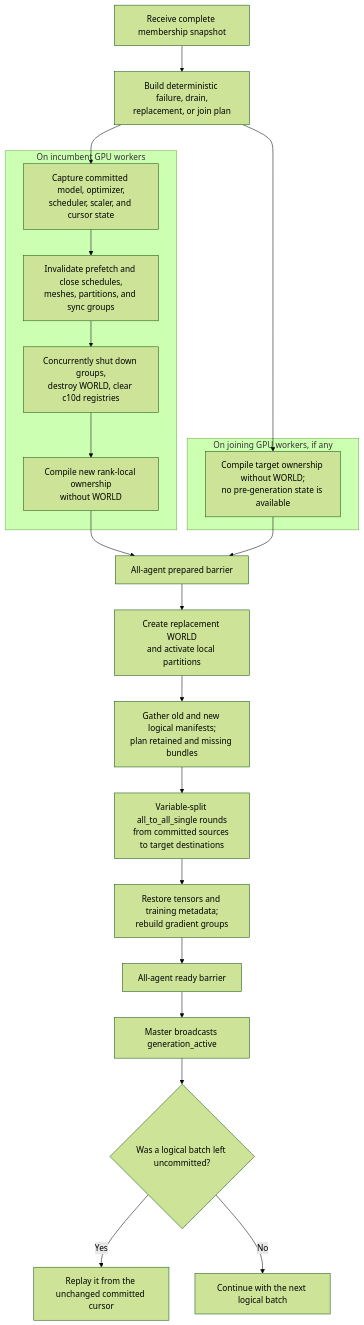
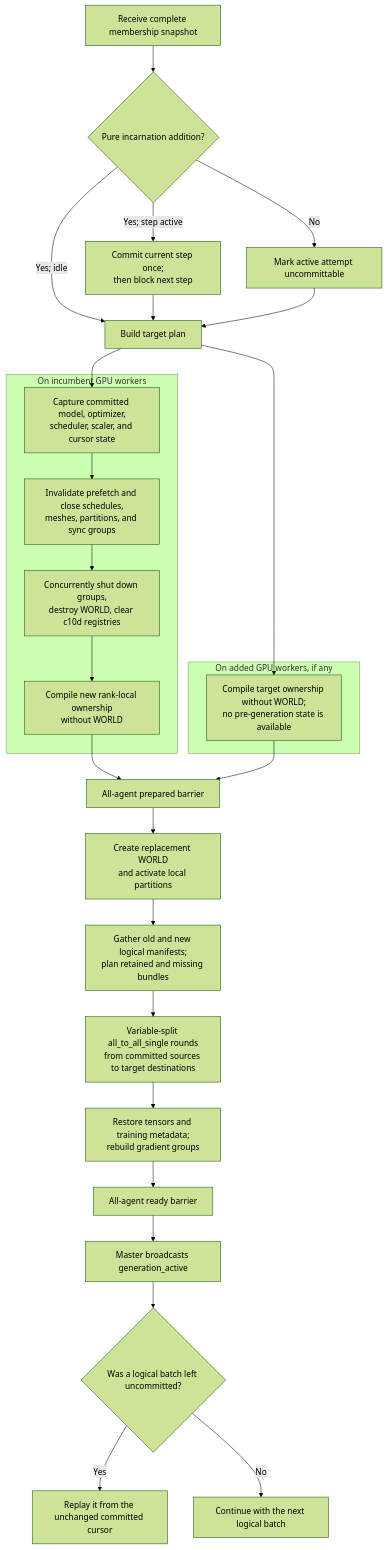
Before and after one commit to SymbioticLab/Oobleck: the eighth of 8 diagrams in lifecycle.md, drawn with Mermaid (forest theme). The commit also changed other lines of this file and 29 other files, not shown here.

First line of the commit message:
Implement graceful cutover with removal/addition membership semantics (#46)

````diff
--- a/lifecycle.md
+++ b/lifecycle.md
@@ -418,30 +427,35 @@
 ```mermaid
 flowchart TD
-    EVENT["Receive complete membership snapshot"] --> PLAN["Build deterministic failure, drain,<br/>replacement, or join plan"]
+    EVENT["Receive complete membership snapshot"] --> CLASSIFY{"Pure incarnation addition?"}
+    CLASSIFY -- "Yes; step active" --> FINISH["Commit current step once;<br/>then block next step"]
+    CLASSIFY -- "Yes; idle" --> PLAN["Build target plan"]
+    CLASSIFY -- "No" --> HARD["Mark active attempt uncommittable"]
+    FINISH --> PLAN
+    HARD --> PLAN
     PLAN --> ISNAP
     PLAN --> JCOMPILE
 
     subgraph incumbents["On incumbent GPU workers"]
         ISNAP["Capture committed model, optimizer,<br/>scheduler, scaler, and cursor state"]
         ICLOSE["Invalidate prefetch and close schedules,<br/>meshes, partitions, and sync groups"]
         IDESTROY["Concurrently shut down groups,<br/>destroy WORLD, clear c10d registries"]
         ICOMPILE["Compile new rank-local ownership<br/>without WORLD"]
         ISNAP --> ICLOSE --> IDESTROY --> ICOMPILE
     end
 
-    subgraph joiners["On joining GPU workers, if any"]
+    subgraph added_workers["On added GPU workers, if any"]
         JCOMPILE["Compile target ownership without WORLD;<br/>no pre-generation state is available"]
     end
 
     ICOMPILE --> PREP["All-agent prepared barrier"]
     JCOMPILE --> PREP
     PREP --> INIT["Create replacement WORLD<br/>and activate local partitions"]
     INIT --> MANIFEST["Gather old and new logical manifests;<br/>plan retained and missing bundles"]
     MANIFEST --> COPY["Variable-split all_to_all_single rounds<br/>from committed sources to target destinations"]
     COPY --> RESTORE["Restore tensors and training metadata;<br/>rebuild gradient groups"]
     RESTORE --> READY["All-agent ready barrier"]
     READY --> ACTIVE["Master broadcasts generation_active"]
     ACTIVE --> PENDING{"Was a logical batch left uncommitted?"}
     PENDING -- "Yes" --> REPLAY["Replay it from the unchanged committed cursor"]
     PENDING -- "No" --> NEXT["Continue with the next logical batch"]
 ```
````
